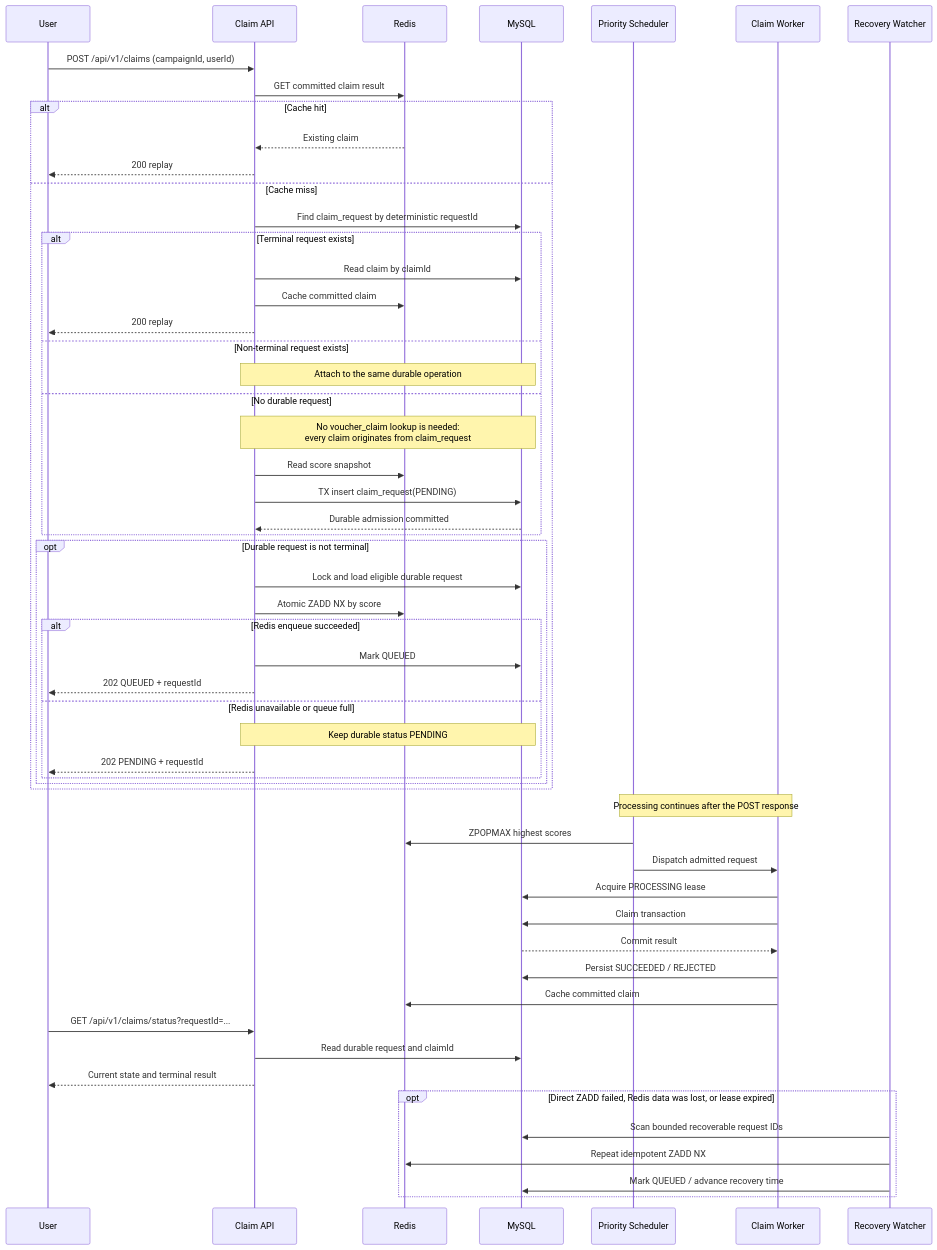
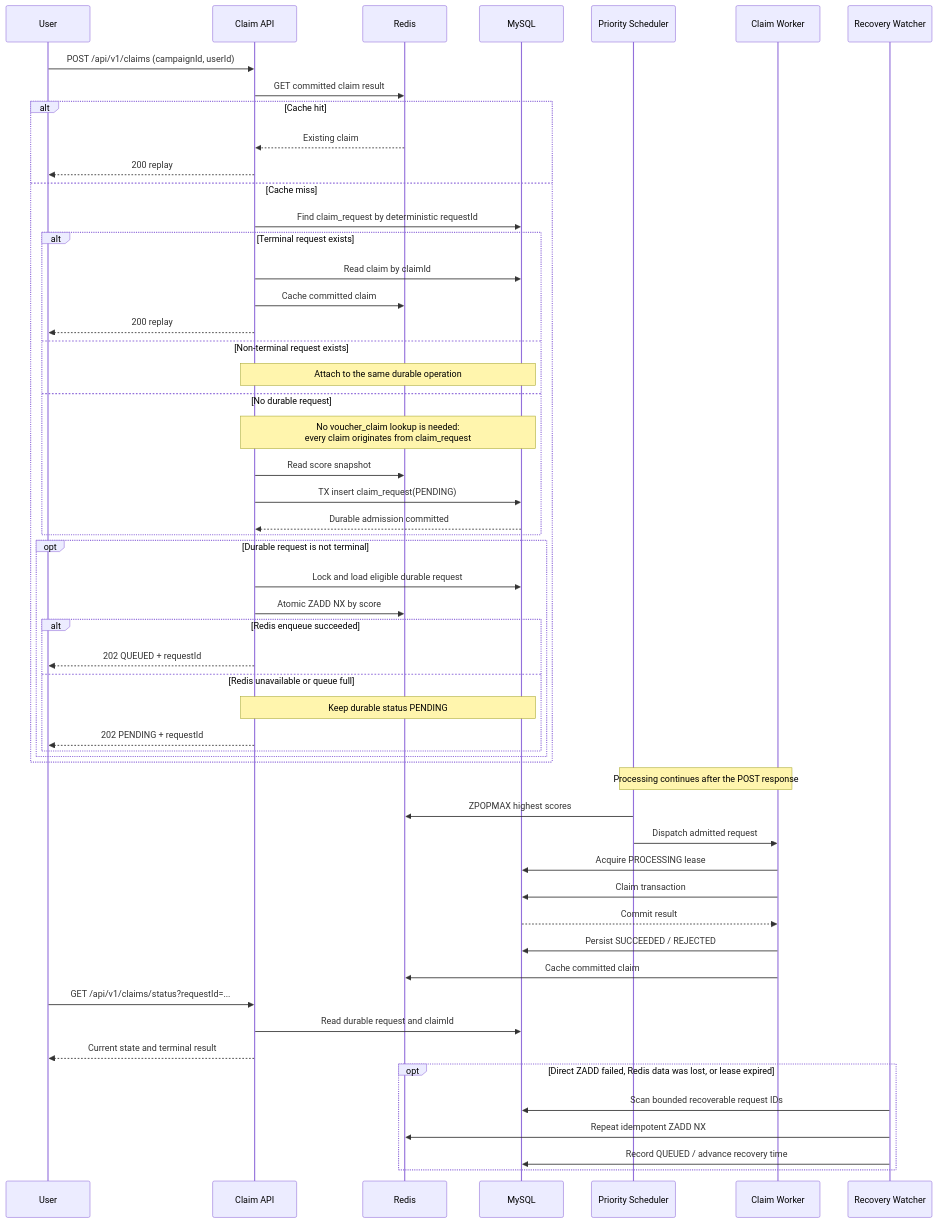
Before and after one commit to PhamDinhDuy-2508/Voucher-claim-system: the tenth of 14 diagrams in SOLUTION.md, drawn with Mermaid. The commit also changed other lines of this file and 5 other files, not shown here.

````diff
--- a/SOLUTION.md
+++ b/SOLUTION.md
@@ -468,59 +469,58 @@
 ```mermaid
 sequenceDiagram
     participant U as User
     participant API as Claim API
     participant R as Redis
     participant DB as MySQL
     participant S as Priority Scheduler
     participant W as Claim Worker
     participant RW as Recovery Watcher
 
     U->>API: POST /api/v1/claims (campaignId, userId)
     API->>R: GET committed claim result
     alt Cache hit
         R-->>API: Existing claim
         API-->>U: 200 replay
     else Cache miss
         API->>DB: Find claim_request by deterministic requestId
         alt Terminal request exists
             API->>DB: Read claim by claimId
             API->>R: Cache committed claim
             API-->>U: 200 replay
         else Non-terminal request exists
             Note over API,DB: Attach to the same durable operation
         else No durable request
             Note over API,DB: No voucher_claim lookup is needed:<br/>every claim originates from claim_request
             API->>R: Read score snapshot
             API->>DB: TX insert claim_request(PENDING)
             DB-->>API: Durable admission committed
         end
         opt Durable request is not terminal
             API->>DB: Lock and load eligible durable request
             API->>R: Atomic ZADD NX by score
             alt Redis enqueue succeeded
-                API->>DB: Mark QUEUED
                 API-->>U: 202 QUEUED + requestId
             else Redis unavailable or queue full
                 Note over API,DB: Keep durable status PENDING
                 API-->>U: 202 PENDING + requestId
             end
         end
     end
 
     Note over S,W: Processing continues after the POST response
     S->>R: ZPOPMAX highest scores
     S->>W: Dispatch admitted request
     W->>DB: Acquire PROCESSING lease
     W->>DB: Claim transaction
     DB-->>W: Commit result
     W->>DB: Persist SUCCEEDED / REJECTED
     W->>R: Cache committed claim
     U->>API: GET /api/v1/claims/status?requestId=...
     API->>DB: Read durable request and claimId
     API-->>U: Current state and terminal result
     opt Direct ZADD failed, Redis data was lost, or lease expired
         RW->>DB: Scan bounded recoverable request IDs
         RW->>R: Repeat idempotent ZADD NX
-        RW->>DB: Mark QUEUED / advance recovery time
+        RW->>DB: Record QUEUED / advance recovery time
     end
 ```
````
